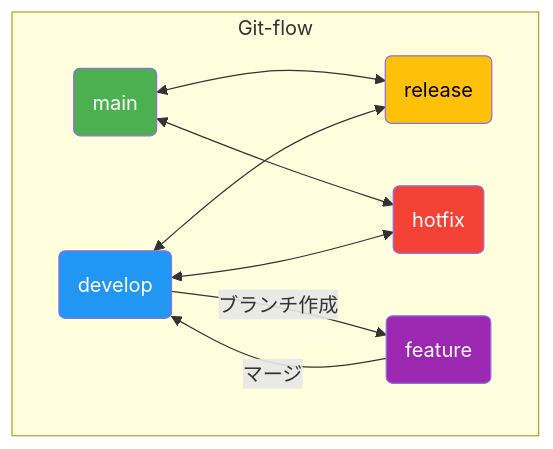
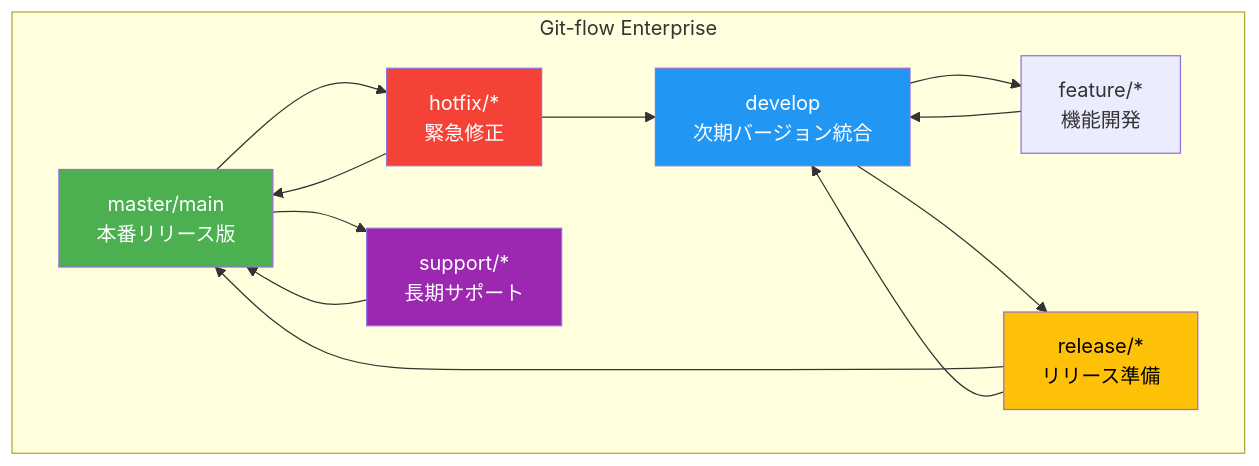
The third of 6 diagrams in learning/02_Development_Environment/021_Version_Control/0213_Branch_Strategy.md (YU-Kawasaki-05/develop-materials), drawn with Mermaid before and after one commit. The commit also changed other lines of this file and 1 other file, not shown here.

````diff
--- a/learning/02_Development_Environment/021_Version_Control/0213_Branch_Strategy.md
+++ b/learning/02_Development_Environment/021_Version_Control/0213_Branch_Strategy.md
@@ -70,16 +188,30 @@
 ```mermaid
-graph TD
-    subgraph "Git-flow"
-        A(main) <--> C(release);
-        A <--> D(hotfix);
-        B(develop) <--> C;
-        B <--> D;
-        B -- "ブランチ作成" --> E(feature);
-        E -- "マージ" --> B;
+graph TB
+    subgraph "Git-flow Enterprise"
+        Master[master/main<br/>本番リリース版]
+        Develop[develop<br/>次期バージョン統合]
+        Feature[feature/*<br/>機能開発]
+        Release[release/*<br/>リリース準備]
+        Hotfix[hotfix/*<br/>緊急修正]
+        Support[support/*<br/>長期サポート]
+        
+        Master --> Hotfix
+        Master --> Support
+        Hotfix --> Master
+        Hotfix --> Develop
+        
+        Develop --> Feature
+        Feature --> Develop
+        Develop --> Release
+        Release --> Master
+        Release --> Develop
+        
+        Support --> Master
     end
-    style A fill:#4CAF50,color:white
-    style B fill:#2196F3,color:white
-    style C fill:#FFC107,color:black
-    style D fill:#F44336,color:white
-    style E fill:#9C27B0,color:white
+    
+    style Master fill:#4CAF50,color:white
+    style Develop fill:#2196F3,color:white
+    style Release fill:#FFC107,color:black
+    style Hotfix fill:#F44336,color:white
+    style Support fill:#9C27B0,color:white
 ```
````
